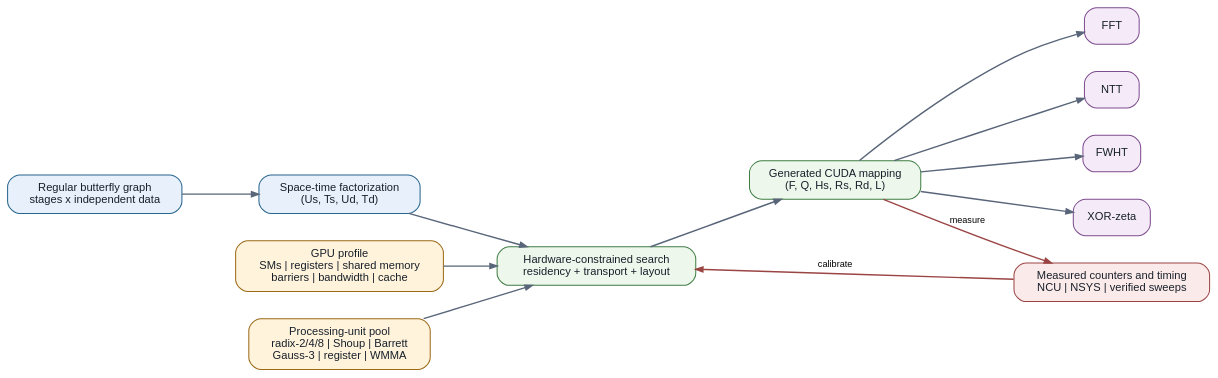
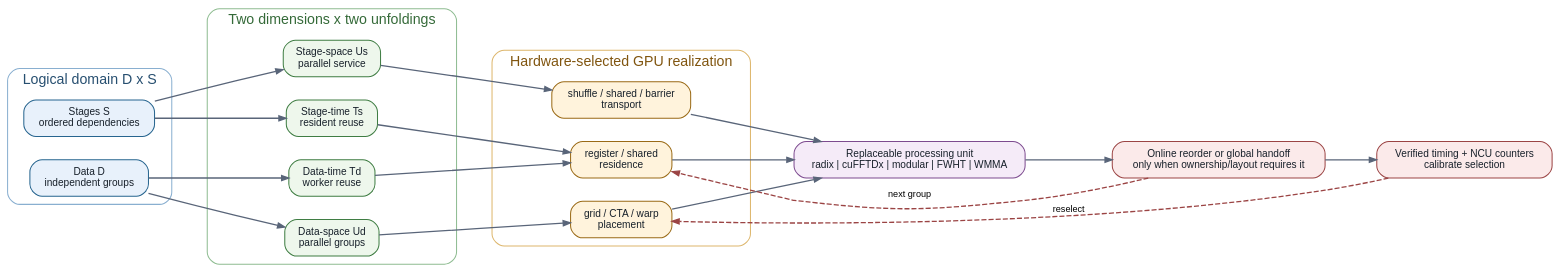
Before and after one commit to TruNcat3/cuButterfly: the diagram in figures/cubutterfly_concept.dot, drawn with Graphviz. The commit also changed 14 other files, not shown here.

Commit message:
Explain the cuButterfly mapping model

```diff
--- a/figures/cubutterfly_concept.dot
+++ b/figures/cubutterfly_concept.dot
@@ -1,45 +1,72 @@
 digraph cuButterfly {
   graph [
     rankdir=LR,
     bgcolor="transparent",
     pad=0.20,
-    nodesep=0.38,
-    ranksep=0.72,
-    fontname="Helvetica"
+    nodesep=0.32,
+    ranksep=0.68,
+    fontname="Helvetica",
+    compound=true
   ];
   node [
     shape=box,
     style="rounded,filled",
     color="#354052",
     fillcolor="#f7f8fa",
     fontcolor="#17202a",
     fontname="Helvetica",
-    fontsize=11,
-    margin="0.16,0.10"
+    fontsize=10,
+    margin="0.14,0.09"
   ];
-  edge [color="#596579", penwidth=1.4, arrowsize=0.7, fontname="Helvetica", fontsize=9];
+  edge [color="#596579", penwidth=1.3, arrowsize=0.7, fontname="Helvetica", fontsize=9];
 
-  graph_model [label="Regular butterfly graph\nstages x independent data", fillcolor="#e8f1fb", color="#27658f"];
-  factorization [label="Space-time factorization\n(Us, Ts, Ud, Td)", fillcolor="#e8f1fb", color="#27658f"];
-  search [label="Hardware-constrained search\nresidency + transport + layout", fillcolor="#eef7ec", color="#3f7d43"];
-  mapping [label="Generated CUDA mapping\n(F, Q, Hs, Rs, Rd, L)", fillcolor="#eef7ec", color="#3f7d43"];
+  subgraph cluster_domain {
+    label="Logical domain D x S";
+    color="#89afd0";
+    style="rounded";
+    fontcolor="#274f70";
+    data [label="Data D\nindependent groups", fillcolor="#e8f1fb", color="#27658f"];
+    stage [label="Stages S\nordered dependencies", fillcolor="#e8f1fb", color="#27658f"];
+  }
 
-  hardware [label="GPU profile\nSMs | registers | shared memory\nbarriers | bandwidth | cache", fillcolor="#fff3dc", color="#9a6a16"];
-  units [label="Processing-unit pool\nradix-2/4/8 | Shoup | Barrett\nGauss-3 | register | WMMA", fillcolor="#fff3dc", color="#9a6a16"];
+  subgraph cluster_factors {
+    label="Two dimensions x two unfoldings";
+    color="#8ebc91";
+    style="rounded";
+    fontcolor="#356a39";
+    ud [label="Data-space Ud\nparallel groups", fillcolor="#eef7ec", color="#3f7d43"];
+    td [label="Data-time Td\nworker reuse", fillcolor="#eef7ec", color="#3f7d43"];
+    us [label="Stage-space Us\nparallel service", fillcolor="#eef7ec", color="#3f7d43"];
+    ts [label="Stage-time Ts\nresident reuse", fillcolor="#eef7ec", color="#3f7d43"];
+  }
 
-  fft [label="FFT", fillcolor="#f5ebf8", color="#7d4b8f"];
-  ntt [label="NTT", fillcolor="#f5ebf8", color="#7d4b8f"];
-  fwht [label="FWHT", fillcolor="#f5ebf8", color="#7d4b8f"];
-  xor [label="XOR-zeta", fillcolor="#f5ebf8", color="#7d4b8f"];
-  counters [label="Measured counters and timing\nNCU | NSYS | verified sweeps", fillcolor="#fbeaea", color="#9b4444"];
+  subgraph cluster_gpu {
+    label="Hardware-selected GPU realization";
+    color="#ddb66c";
+    style="rounded";
+    fontcolor="#80550f";
+    placement [label="grid / CTA / warp\nplacement", fillcolor="#fff3dc", color="#9a6a16"];
+    residence [label="register / shared\nresidence", fillcolor="#fff3dc", color="#9a6a16"];
+    transport [label="shuffle / shared / barrier\ntransport", fillcolor="#fff3dc", color="#9a6a16"];
+  }
 
-  graph_model -> factorization -> search -> mapping;
-  hardware -> search;
-  units -> search;
-  mapping -> fft;
-  mapping -> ntt;
-  mapping -> fwht;
-  mapping -> xor;
-  mapping -> counters [label="measure", color="#9b4444"];
-  counters -> search [label="calibrate", color="#9b4444"];
+  unit [label="Replaceable processing unit\nradix | cuFFTDx | modular | FWHT | WMMA", fillcolor="#f5ebf8", color="#7d4b8f"];
+  boundary [label="Online reorder or global handoff\nonly when ownership/layout requires it", fillcolor="#fbeaea", color="#9b4444"];
+  measure [label="Verified timing + NCU counters\ncalibrate selection", fillcolor="#fbeaea", color="#9b4444"];
+
+  data -> ud;
+  data -> td;
+  stage -> us;
+  stage -> ts;
+  ud -> placement;
+  td -> residence;
+  us -> transport;
+  ts -> residence;
+  placement -> unit;
+  residence -> unit;
+  transport -> unit;
+  unit -> boundary;
+  boundary -> residence [label="next group", style=dashed, color="#9b4444", constraint=false];
+  boundary -> measure;
+  measure -> placement [label="reselect", style=dashed, color="#9b4444", constraint=false];
 }
```
